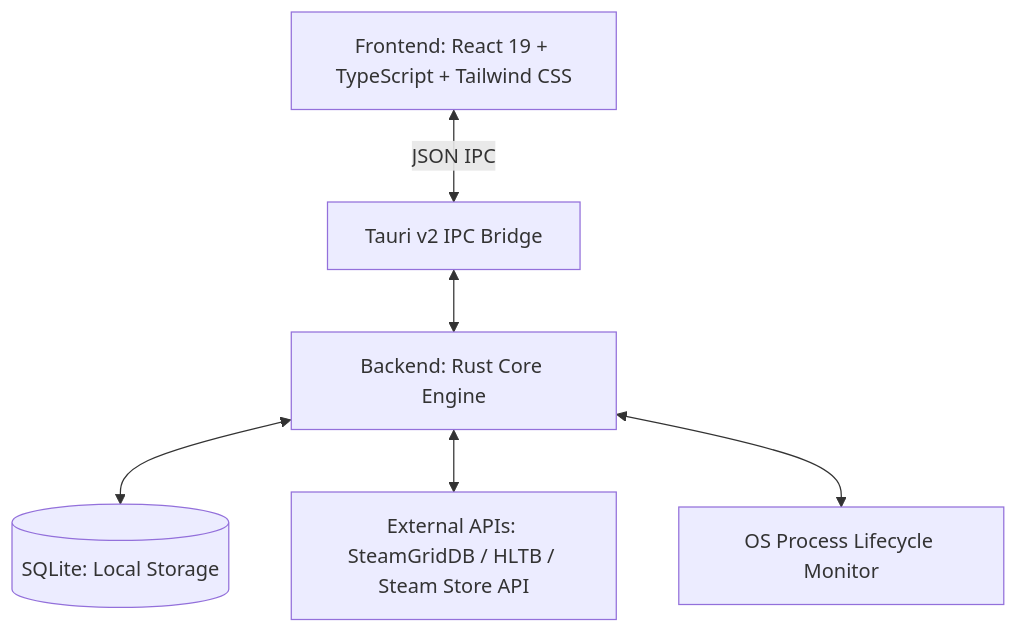
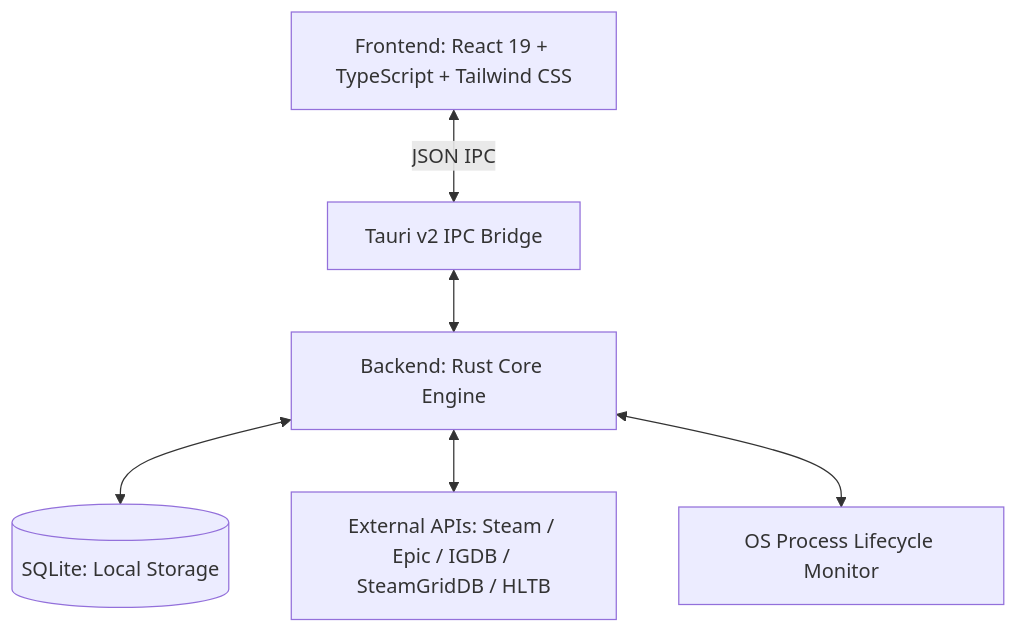
One commit to Screamycat/OpenPlay changed the diagram in README.md. Above: the diagram before and after it, drawn with Mermaid. The commit also changed other lines of this file and 53 other files, not shown here.

````diff
--- a/README.md
+++ b/README.md
@@ -122,15 +125,15 @@
 ```mermaid
 graph TD
     UI[Frontend: React 19 + TypeScript + Tailwind CSS]
     TAURI[Tauri v2 IPC Bridge]
     CORE[Backend: Rust Core Engine]
     DB[(SQLite: Local Storage)]
-    EXT[External APIs: SteamGridDB / HLTB / Steam Store API]
+    EXT[External APIs: Steam / Epic / IGDB / SteamGridDB / HLTB]
     PROC[OS Process Lifecycle Monitor]
 
     UI <-->|JSON IPC| TAURI
     TAURI <--> CORE
     CORE <--> DB
     CORE <--> EXT
     CORE <--> PROC
 ```
````
